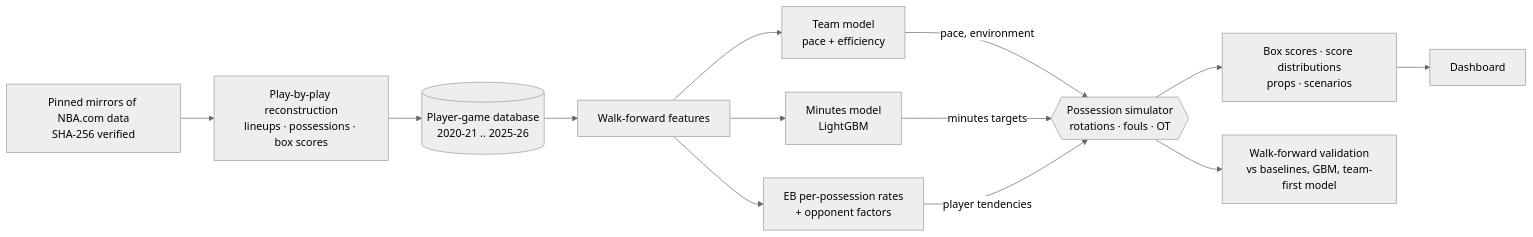
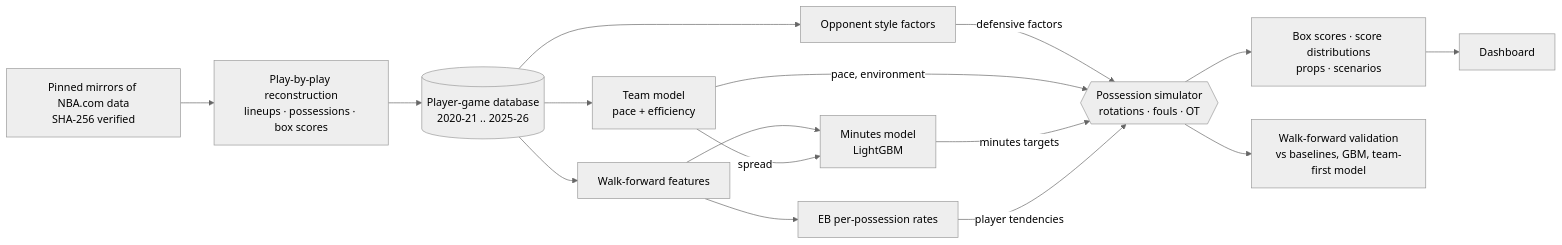
The diagram in README.md (leoleejbjb/nba-quant-lab), drawn with Mermaid (neutral theme) before and after one commit. The commit also changed other lines of this file and 29 other files, not shown here.

````diff
--- a/README.md
+++ b/README.md
@@ -102,15 +133,18 @@
 ```mermaid
 flowchart LR
   A[Pinned mirrors of NBA.com data<br/>SHA-256 verified] --> B[Play-by-play reconstruction<br/>lineups · possessions · box scores]
   B --> C[(Player-game database<br/>2020-21 .. 2025-26)]
   C --> D[Walk-forward features]
-  D --> E[Team model<br/>pace + efficiency]
+  C --> E[Team model<br/>pace + efficiency]
   D --> F[Minutes model<br/>LightGBM]
-  D --> G[EB per-possession rates<br/>+ opponent factors]
+  E -- spread --> F
+  D --> G[EB per-possession rates]
+  C --> O[Opponent style factors]
+  O -- defensive factors --> H
   E -- pace, environment --> H{{Possession simulator<br/>rotations · fouls · OT}}
   F -- minutes targets --> H
   G -- player tendencies --> H
   H --> I[Box scores · score distributions<br/>props · scenarios]
   I --> J[Dashboard]
   H --> K[Walk-forward validation<br/>vs baselines, GBM, team-first model]
 ```
````
